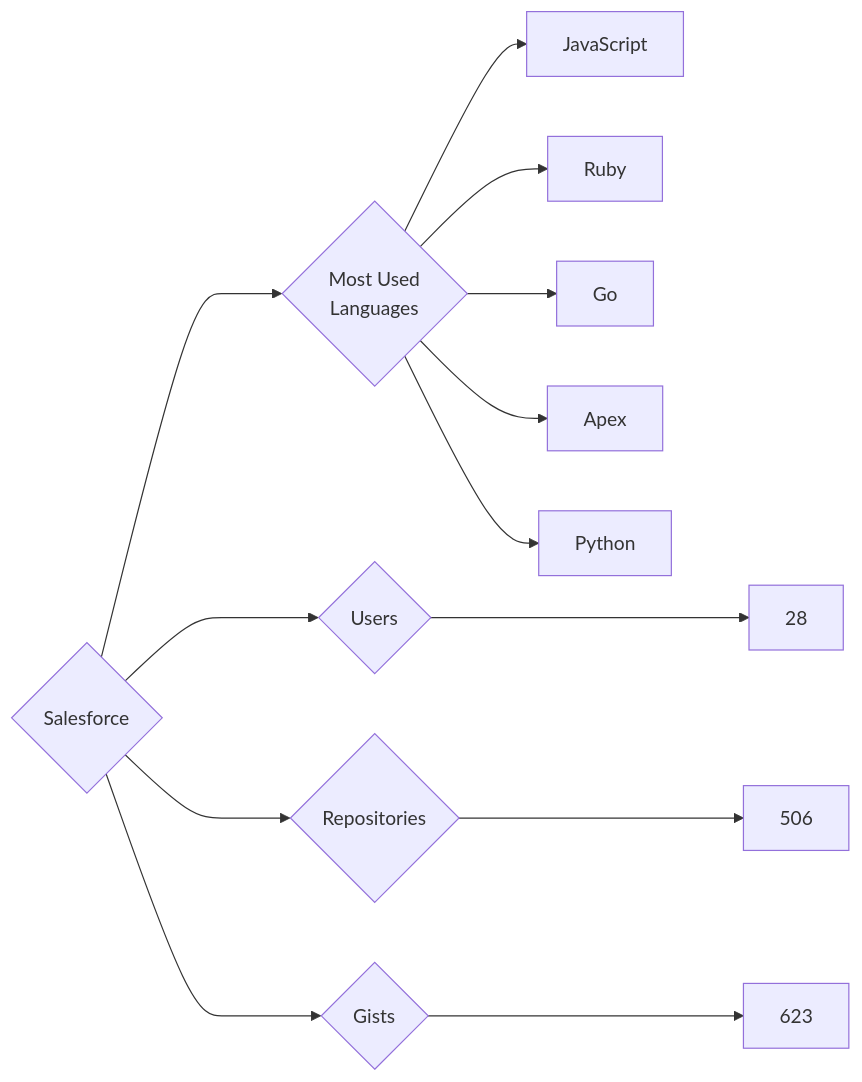
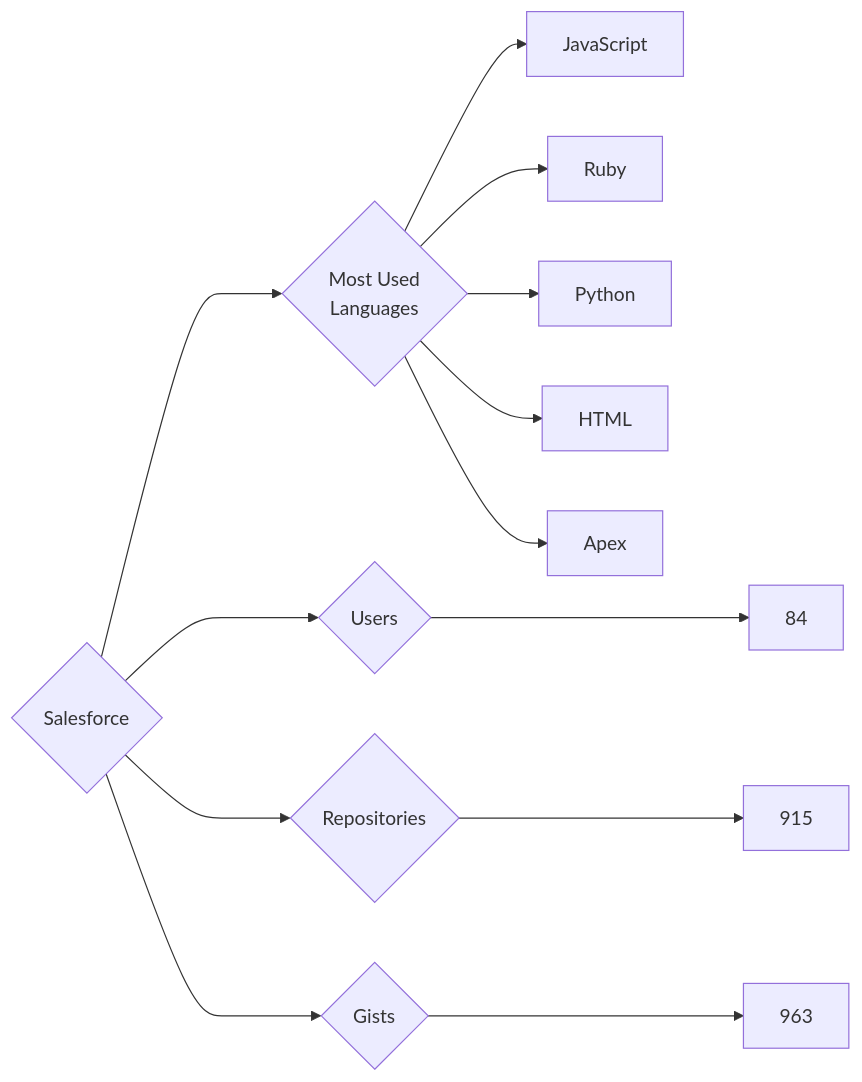
The diagram in targets/Salesforce/README.md (trickest/insiders), drawn with Mermaid before and after one commit. The commit also changed 928 other files, not shown here.

````diff
--- a/targets/Salesforce/README.md
+++ b/targets/Salesforce/README.md
@@ -3,13 +3,13 @@
 ```mermaid
 graph LR
 COMPANY_NAME{Salesforce}
-COMPANY_NAME ---> U{Users} ---> UN[28]
-COMPANY_NAME ---> R{Repositories} ---> RN[506]
-COMPANY_NAME ---> G{Gists} ---> GN[623]
+COMPANY_NAME ---> U{Users} ---> UN[84]
+COMPANY_NAME ---> R{Repositories} ---> RN[915]
+COMPANY_NAME ---> G{Gists} ---> GN[963]
 COMPANY_NAME ---> ML{Most Used<br>Languages}
 ML --> JavaScript[JavaScript]
 ML --> Ruby[Ruby]
-ML --> Go[Go]
+ML --> Python[Python]
+ML --> HTML[HTML]
 ML --> Apex[Apex]
-ML --> Python[Python]
 ```
````
